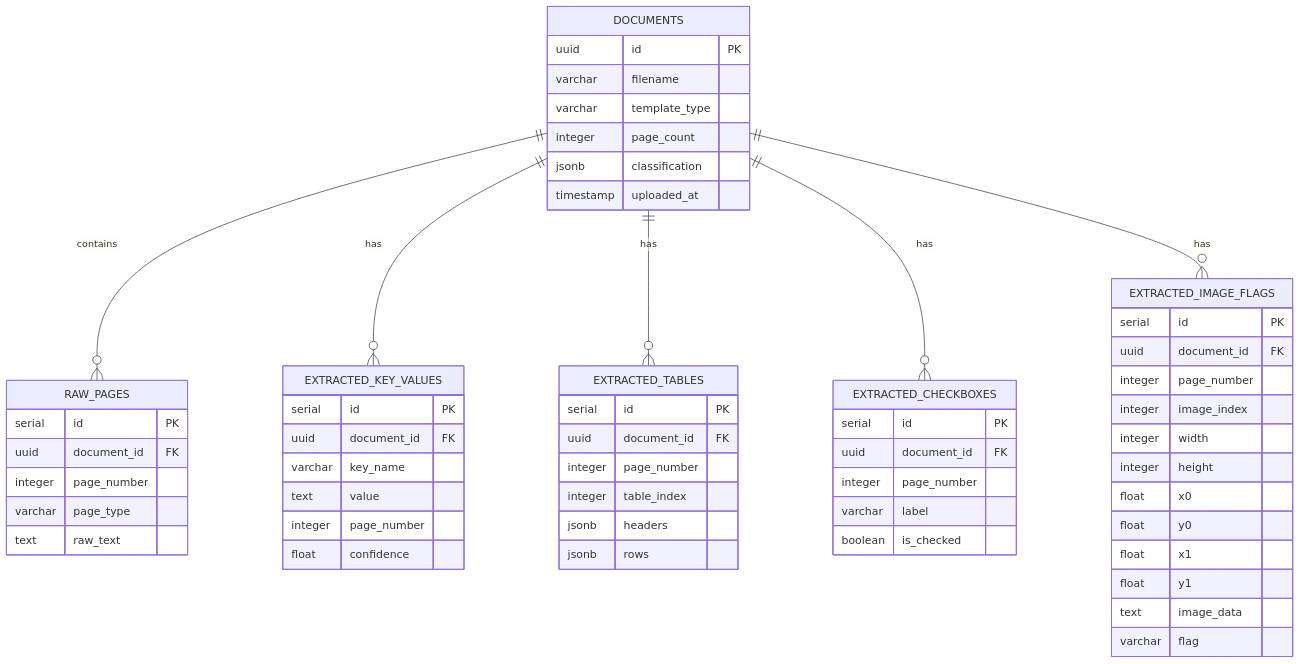
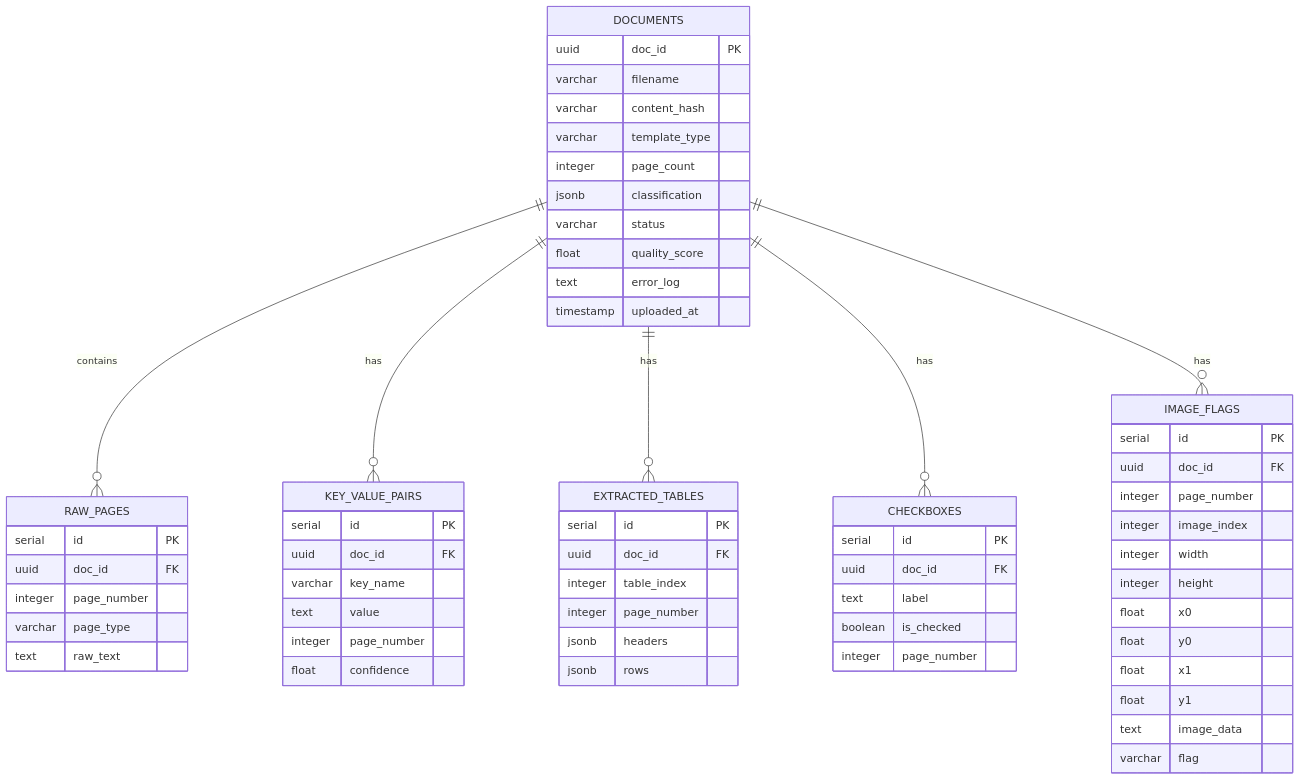
The second of 2 diagrams in technical_documentation.md (neogi5043/Unstra_Ingestor), drawn with Mermaid before and after one commit. The commit also changed other lines of this file and 26 other files, not shown here.

````diff
--- a/technical_documentation.md
+++ b/technical_documentation.md
@@ -179,66 +217,70 @@
 ```mermaid
 erDiagram
     DOCUMENTS ||--o{ RAW_PAGES : contains
-    DOCUMENTS ||--o{ EXTRACTED_KEY_VALUES : has
+    DOCUMENTS ||--o{ KEY_VALUE_PAIRS : has
     DOCUMENTS ||--o{ EXTRACTED_TABLES : has
-    DOCUMENTS ||--o{ EXTRACTED_CHECKBOXES : has
-    DOCUMENTS ||--o{ EXTRACTED_IMAGE_FLAGS : has
+    DOCUMENTS ||--o{ CHECKBOXES : has
+    DOCUMENTS ||--o{ IMAGE_FLAGS : has
 
     DOCUMENTS {
-        uuid id PK
+        uuid doc_id PK
         varchar filename
+        varchar content_hash
         varchar template_type
         integer page_count
         jsonb classification
+        varchar status
+        float quality_score
+        text error_log
         timestamp uploaded_at
     }
     
     RAW_PAGES {
         serial id PK
-        uuid document_id FK
+        uuid doc_id FK
         integer page_number
         varchar page_type
         text raw_text
     }
     
-    EXTRACTED_KEY_VALUES {
+    KEY_VALUE_PAIRS {
         serial id PK
-        uuid document_id FK
+        uuid doc_id FK
         varchar key_name
         text value
         integer page_number
         float confidence
     }
     
     EXTRACTED_TABLES {
         serial id PK
-        uuid document_id FK
+        uuid doc_id FK
+        integer table_index
         integer page_number
-        integer table_index
         jsonb headers
         jsonb rows
     }
     
-    EXTRACTED_CHECKBOXES {
+    CHECKBOXES {
         serial id PK
-        uuid document_id FK
+        uuid doc_id FK
+        text label
+        boolean is_checked
         integer page_number
-        varchar label
-        boolean is_checked
     }
 
-    EXTRACTED_IMAGE_FLAGS {
+    IMAGE_FLAGS {
         serial id PK
-        uuid document_id FK
+        uuid doc_id FK
         integer page_number
         integer image_index
         integer width
         integer height
         float x0
         float y0
         float x1
         float y1
         text image_data
         varchar flag
     }
 ```
````
